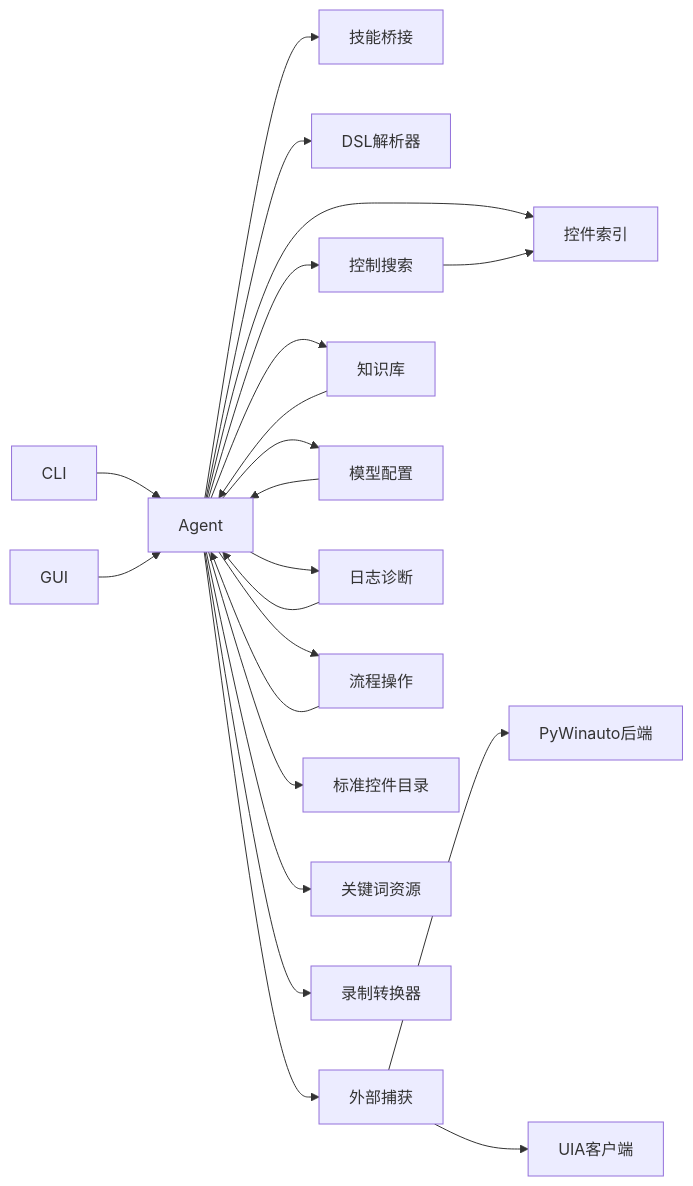
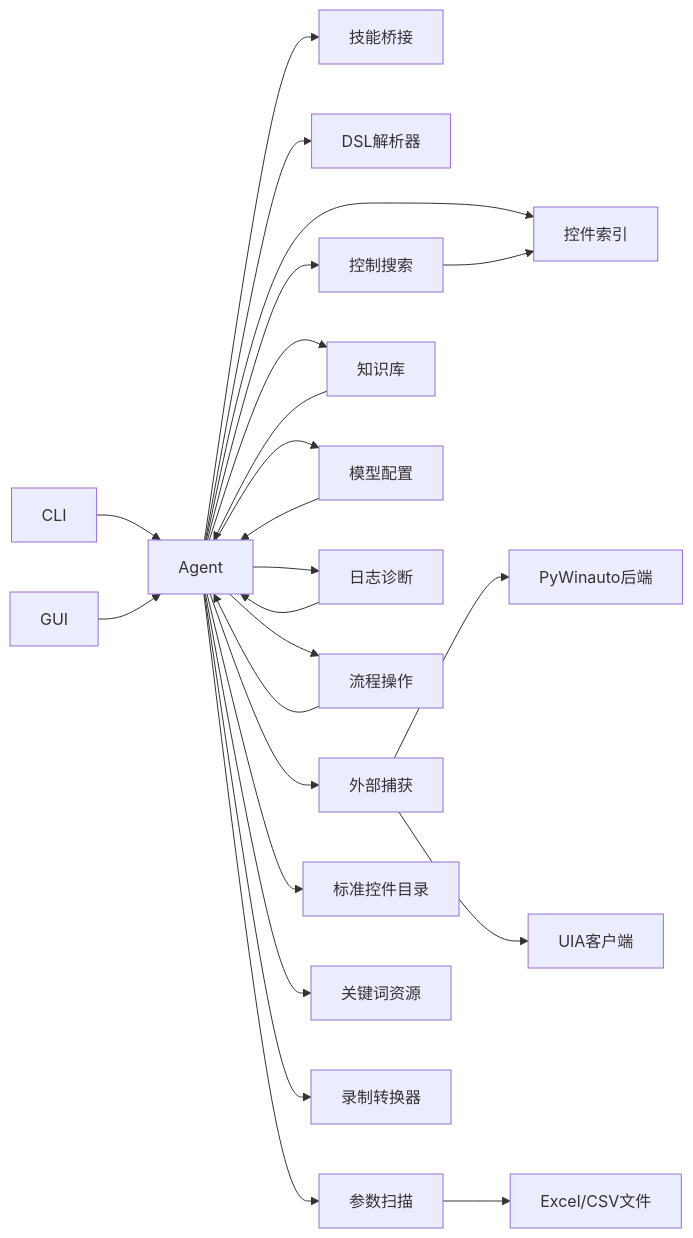
The eighth of 8 diagrams in .qoder/repowiki/zh/content/AI辅助系统/AI辅助系统.md (hanago33/WT_Automation), drawn with Mermaid before and after one commit. The commit also changed other lines of this file and 247 other files, not shown here.

````diff
--- a/.qoder/repowiki/zh/content/AI辅助系统/AI辅助系统.md
+++ b/.qoder/repowiki/zh/content/AI辅助系统/AI辅助系统.md
@@ -613,24 +696,26 @@
 ```mermaid
 graph LR
 CLI["CLI"] --> Agent["Agent"]
 GUI["GUI"] --> Agent
 Agent --> Bridge["技能桥接"]
 Agent --> Index["控件索引"]
 Agent --> DSL["DSL解析器"]
 Agent --> Capture["外部捕获"]
 Agent --> ControlSearch["控制搜索"]
 Agent --> KnowledgeBase["知识库"]
 Agent --> ModelProfile["模型配置"]
 Agent --> LogDiagnosis["日志诊断"]
 Agent --> FlowOps["流程操作"]
+Agent --> ParameterScan["参数扫描"]
 Capture --> PyW["PyWinauto后端"]
 Capture --> UIA["UIA客户端"]
 Agent --> Catalog["标准控件目录"]
 Agent --> Keywords["关键词资源"]
 Agent --> Recorder["录制转换器"]
 ControlSearch --> Index
 KnowledgeBase --> Agent
 ModelProfile --> Agent
 LogDiagnosis --> Agent
 FlowOps --> Agent
+ParameterScan --> Excel["Excel/CSV文件"]
 ```
````
